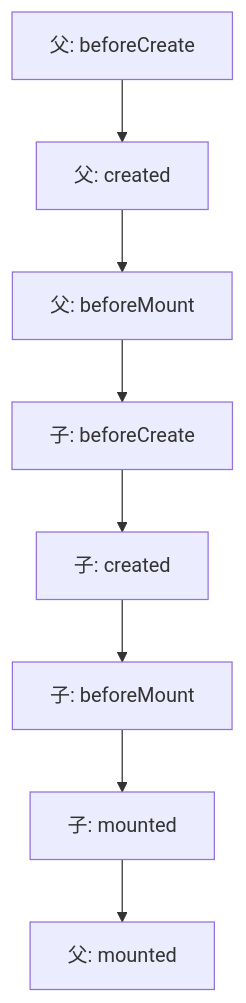
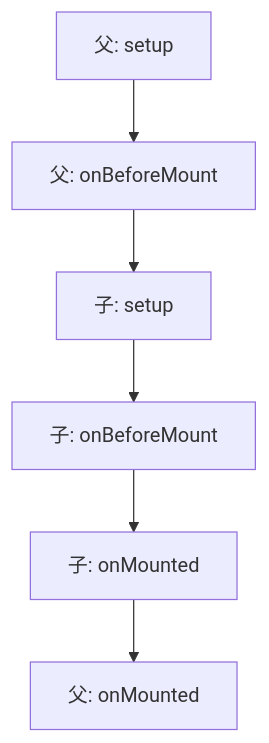
One commit to autopoet/my-blog changed the diagram in pages/posts/vue-lifecycle.md. Above: the diagram before and after it, drawn with Mermaid. The commit also changed other lines of this file, not shown here.

````diff
--- a/pages/posts/vue-lifecycle.md
+++ b/pages/posts/vue-lifecycle.md
@@ -71,10 +71,8 @@
 ```mermaid
 graph TD
-    A[父: beforeCreate] --> B[父: created]
-    B --> C[父: beforeMount]
-    C --> D[子: beforeCreate]
-    D --> E[子: created]
-    E --> F[子: beforeMount]
-    F --> G[子: mounted]
-    G --> H[父: mounted]
+    A[父: setup] --> B[父: onBeforeMount]
+    B --> C[子: setup]
+    C --> D[子: onBeforeMount]
+    D --> E[子: onMounted]
+    E --> F[父: onMounted]
 ```
````
